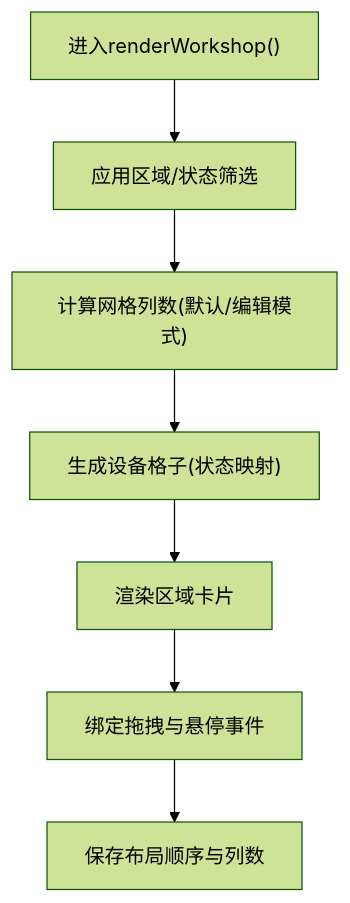
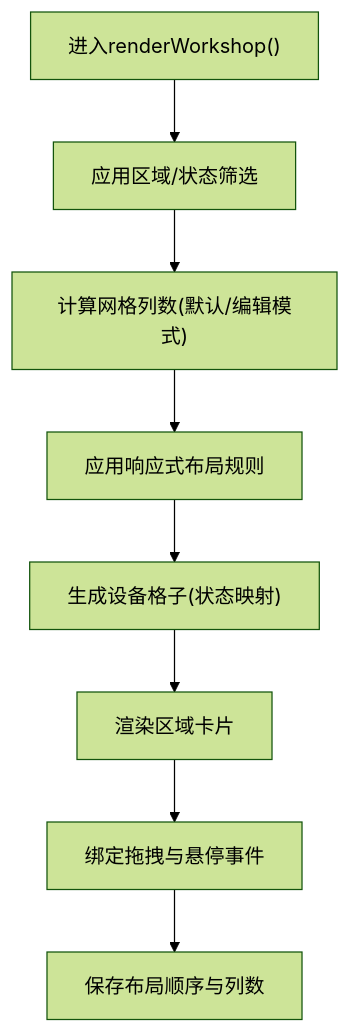
Before and after one commit to JiaStan/shizhi_system_df: the fifth of 7 diagrams in .qoder/repowiki/zh/content/前端界面/功能模块界面/综合驾驶舱.md, drawn with Mermaid (forest theme). The commit also changed other lines of this file and 13 other files, not shown here.

````diff
--- a/.qoder/repowiki/zh/content/前端界面/功能模块界面/综合驾驶舱.md
+++ b/.qoder/repowiki/zh/content/前端界面/功能模块界面/综合驾驶舱.md
@@ -199,9 +223,10 @@
 ```mermaid
 flowchart TD
 Enter["进入renderWorkshop()"] --> Filter["应用区域/状态筛选"]
 Filter --> Layout["计算网格列数(默认/编辑模式)"]
-Layout --> Cells["生成设备格子(状态映射)"]
+Layout --> Responsive["应用响应式布局规则"]
+Responsive --> Cells["生成设备格子(状态映射)"]
 Cells --> RenderZone["渲染区域卡片"]
 RenderZone --> Events["绑定拖拽与悬停事件"]
 Events --> Persist["保存布局顺序与列数"]
 ```
````
